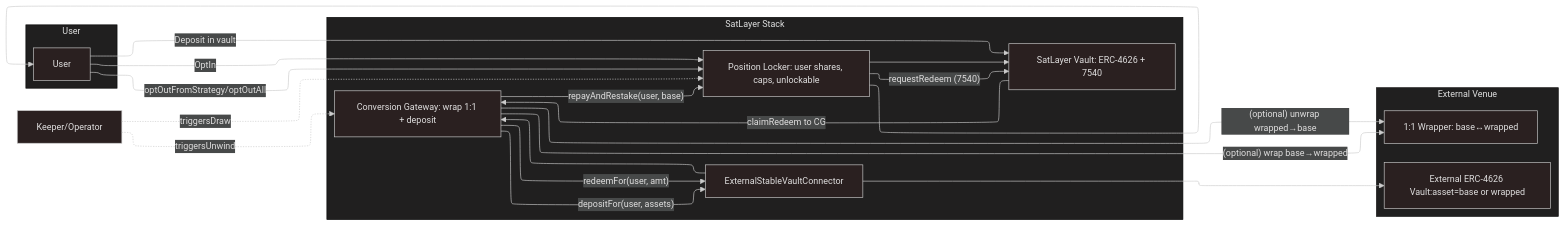
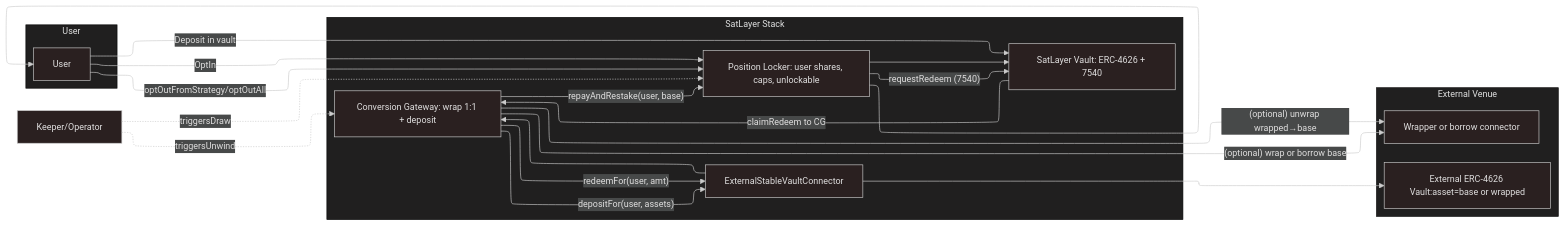
One commit to satlayer/satlayer-bvs changed the diagram in examples/evm/stablecoin_collateral/README.md. Above: the diagram before and after it, drawn with Mermaid. The commit also changed other lines of this file, not shown here.

````diff
--- a/examples/evm/stablecoin_collateral/README.md
+++ b/examples/evm/stablecoin_collateral/README.md
@@ -82,45 +82,45 @@
 ```mermaid
 ---
 config:
   layout: elk
   theme: neo-dark
 ---
 flowchart LR
   subgraph User["User"]
     U[User]
   end
 
   subgraph SatLayer["SatLayer Stack"]
     V[SatLayer Vault: ERC-4626 + 7540]
     PL[Position Locker: user shares, caps, unlockable]
     CG[Conversion Gateway: wrap 1:1 + deposit]
     CONN[ExternalStableVaultConnector]
   end
 
   subgraph External["External Venue"]
-    WRAP[1:1 Wrapper: base↔wrapped]
+    WRAP[Wrapper or borrow connector]
 
     EXT[External ERC-4626 Vault:asset=base or wrapped]
   end
 
   U  -- Deposit in vault--> V
   U -- OptIn --> PL
 
   %% Draw
   K[Keeper/Operator] -. triggersDraw .-> PL
   PL -- requestRedeem (7540) --> V
   V -- claimRedeem to CG --> CG
 
   %% Convert & deposit
-  CG -- (optional) wrap base→wrapped --> WRAP
+  CG -- (optional) wrap or borrow base --> WRAP
   CG -- depositFor(user, assets) --> CONN --> EXT
 
   %% Unwind
   K[Keeper/Operator] -. triggersUnwind .-> CG
   CG -- redeemFor(user, amt) --> CONN --> CG
   CG -- (optional) unwrap wrapped→base --> WRAP
   CG -- repayAndRestake(user, base) --> PL --> V
 
   %% Exit
   U -- optOutFromStrategy/optOutAll --> PL --> U
 ```
````
